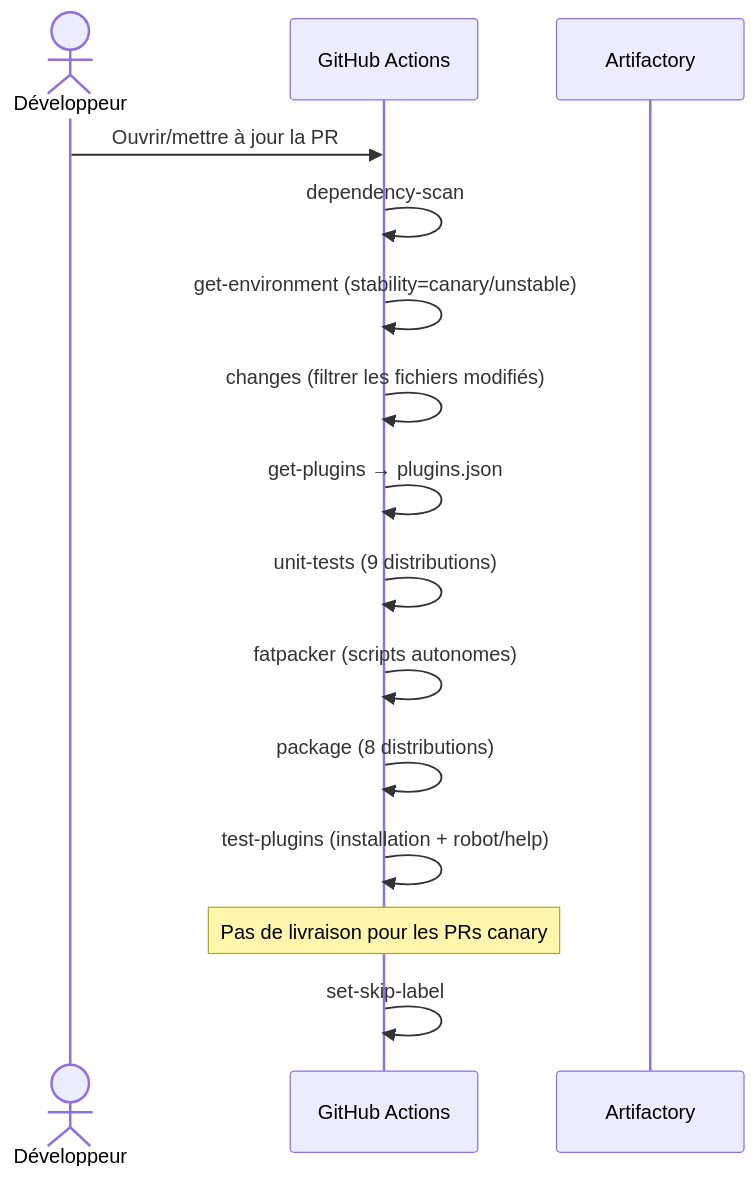
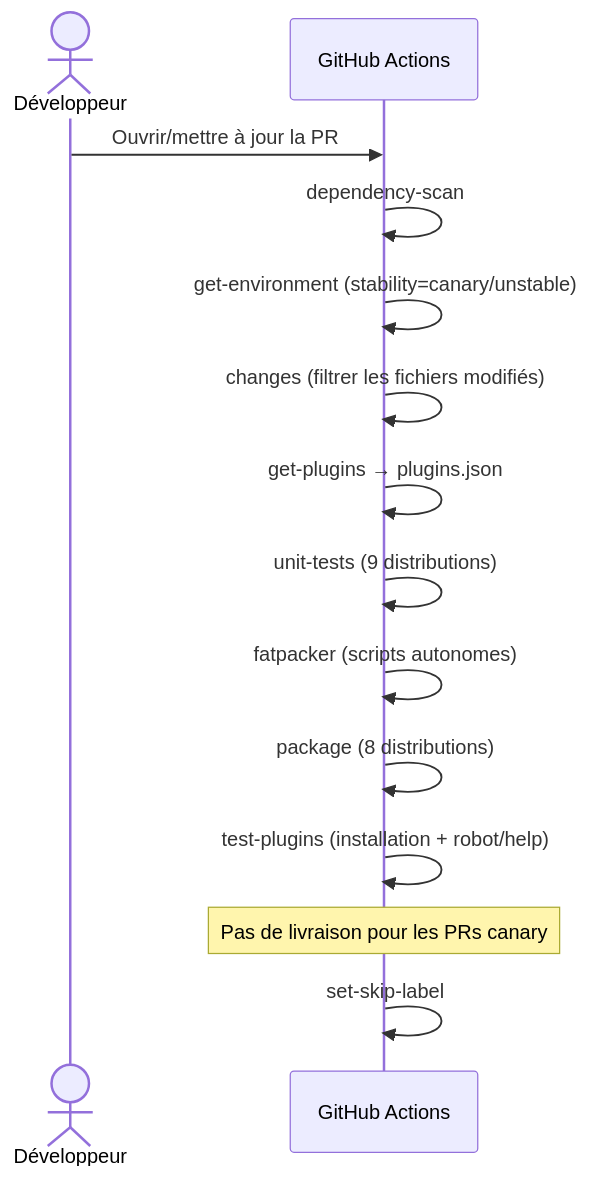
Before and after one commit to centreon/centreon-plugins: the fifth of 7 diagrams in doc/fr/developer/plugins-ci.md, drawn with Mermaid. The commit also changed other lines of this file and 21 other files, not shown here.

````diff
--- a/doc/fr/developer/plugins-ci.md
+++ b/doc/fr/developer/plugins-ci.md
@@ -341,21 +341,20 @@
 ```mermaid
 sequenceDiagram
     actor Dev as Développeur
     participant GH as GitHub Actions
-    participant ART as Artifactory
 
     Dev->>GH: Ouvrir/mettre à jour la PR
 
     GH->>GH: dependency-scan
     GH->>GH: get-environment (stability=canary/unstable)
     GH->>GH: changes (filtrer les fichiers modifiés)
     GH->>GH: get-plugins → plugins.json
 
     GH->>GH: unit-tests (9 distributions)
     GH->>GH: fatpacker (scripts autonomes)
     GH->>GH: package (8 distributions)
     GH->>GH: test-plugins (installation + robot/help)
 
     Note over GH: Pas de livraison pour les PRs canary
     GH->>GH: set-skip-label
 ```
````
